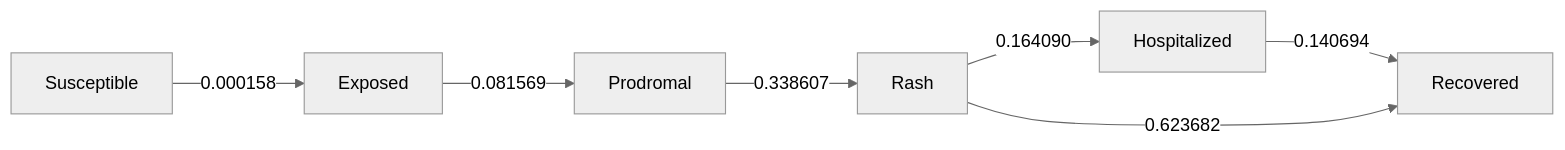
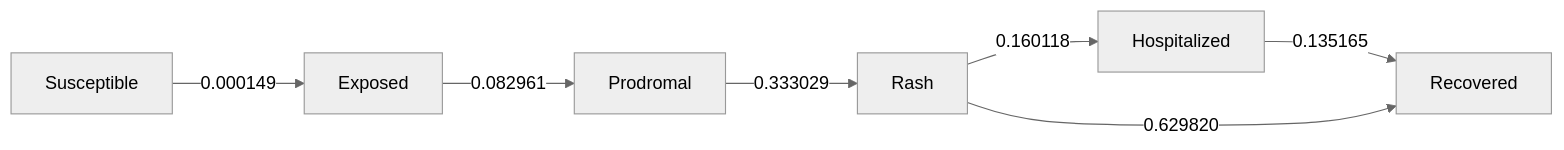
Before and after one commit to EpiForeSITE/epiworld-measles: the diagram in school_quarantine/new_bridge_88.md, drawn with Mermaid (neutral theme). The commit also changed other lines of this file and 13 other files, not shown here.

````diff
--- a/school_quarantine/new_bridge_88.md
+++ b/school_quarantine/new_bridge_88.md
@@ -135,16 +136,16 @@
 ``` mermaid
 flowchart LR
     s0[Exposed]
     s1[Hospitalized]
     s2[Prodromal]
     s3[Rash]
     s4[Recovered]
     s5[Susceptible]
-    s0 -->|0.081569| s2
-    s1 -->|0.140694| s4
-    s2 -->|0.338607| s3
-    s3 -->|0.164090| s1
-    s3 -->|0.623682| s4
-    s5 -->|0.000158| s0
+    s0 -->|0.082961| s2
+    s1 -->|0.135165| s4
+    s2 -->|0.333029| s3
+    s3 -->|0.160118| s1
+    s3 -->|0.629820| s4
+    s5 -->|0.000149| s0
 
 ```
````
